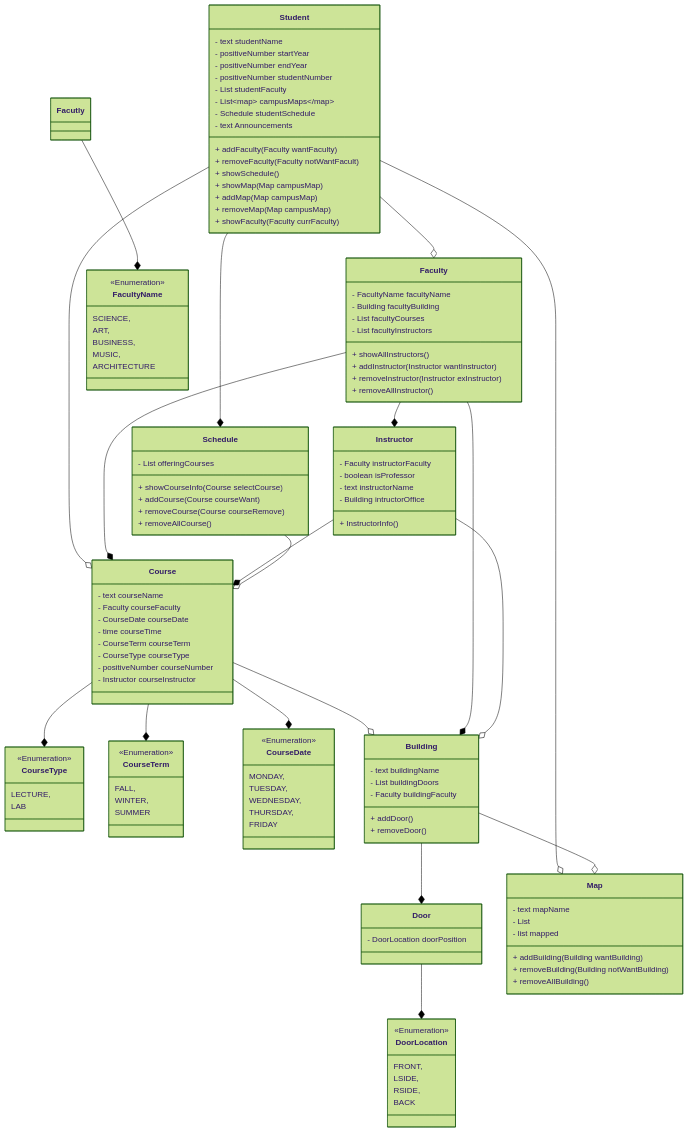
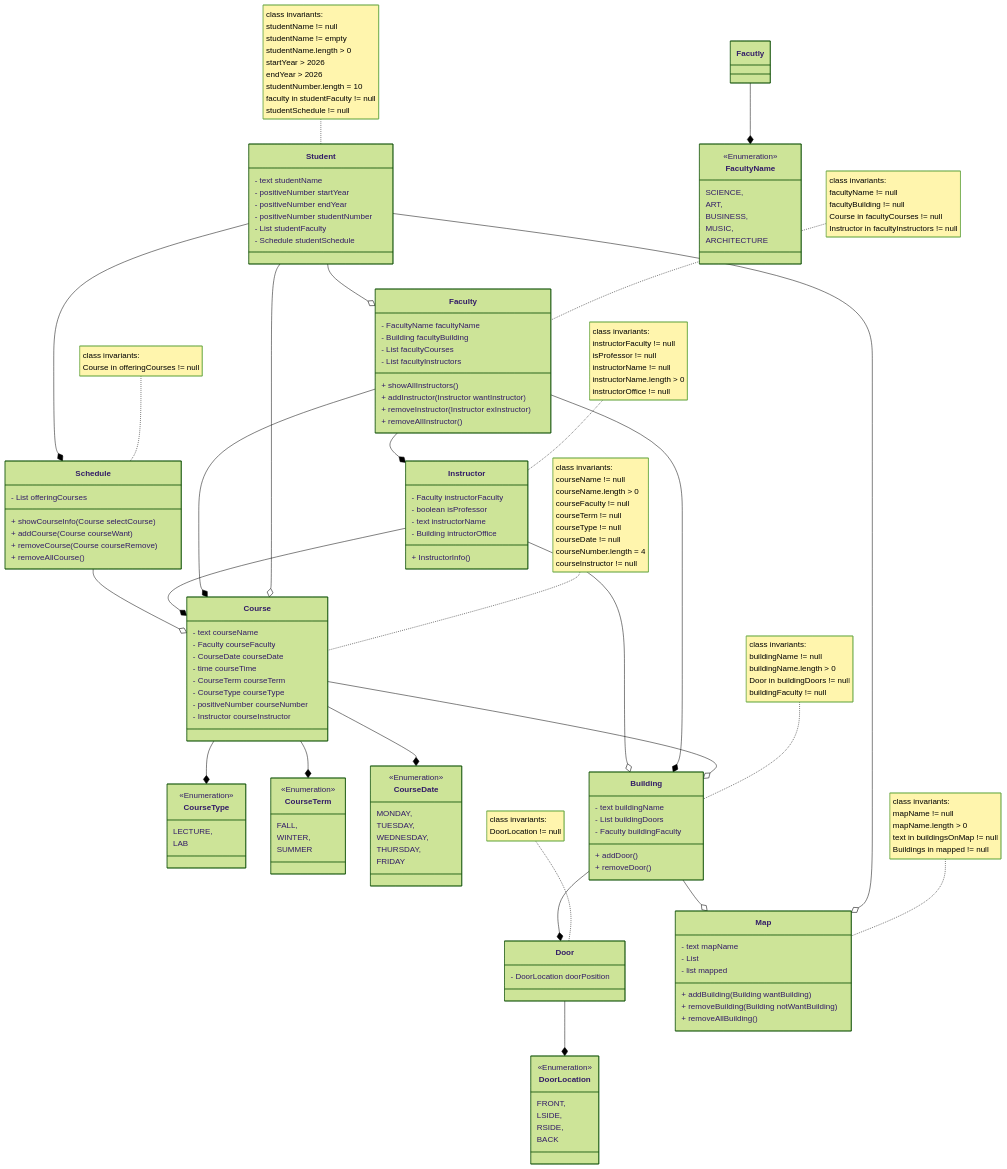
Before and after one commit to danii-ella/COMP2450: the diagram in README.md, drawn with Mermaid (forest theme). The commit also changed 20 other files, not shown here.

```diff
--- a/README.md
+++ b/README.md
@@ -21,17 +21,18 @@
         - positiveNumber endYear
         - positiveNumber studentNumber
         - List<Faculty> studentFaculty
-        - List<Map> campusMaps
         - Schedule studentSchedule
-        - text Announcements
-        + addFaculty(Faculty wantFaculty)
-        + removeFaculty(Faculty notWantFacult)
-        + showSchedule()
-        + showMap(Map campusMap)
-        + addMap(Map campusMap)
-        + removeMap(Map campusMap)
-        + showFaculty(Faculty currFaculty)
     }
+    note for Student "class invariants:
+        studentName != null
+        studentName != empty
+        studentName.length > 0
+        startYear > 2026
+        endYear > 2026
+        studentNumber.length = 10
+        faculty in studentFaculty != null
+        studentSchedule != null
+    "
 
     class Course{
         - text courseName
@@ -42,9 +43,17 @@
         - CourseType courseType
         - positiveNumber courseNumber
         - Instructor courseInstructor
-        
-
     }
+    note for Course "class invariants:
+        courseName != null
+        courseName.length > 0
+        courseFaculty != null
+        courseTerm != null
+        courseType != null
+        courseDate != null
+        courseNumber.length = 4
+        courseInstructor != null
+    "
     class CourseType<<Enumeration>>{
         LECTURE,
         LAB
@@ -61,6 +70,7 @@
         THURSDAY,
         FRIDAY
     }
+    
 
     class Faculty{
         - FacultyName facultyName
@@ -72,6 +82,12 @@
         + removeInstructor(Instructor exInstructor)
         + removeAllInstructor()
     }
+    note for Faculty "class invariants:
+        facultyName != null
+        facultyBuilding != null
+        Course in facultyCourses != null
+        Instructor in facultyInstructors != null
+    "
     class FacultyName<<Enumeration>>{
         SCIENCE,
         ART,
@@ -88,6 +104,13 @@
         - Building intructorOffice
         + InstructorInfo()
     }
+    note for Instructor "class invariants:
+        instructorFaculty != null
+        isProfessor != null
+        instructorName != null
+        instructorName.length > 0
+        instructorOffice != null
+    "
 
     class Building{
         - text buildingName
@@ -96,10 +119,19 @@
         + addDoor()
         + removeDoor()
     }
+    note for Building "class invariants:
+        buildingName != null
+        buildingName.length > 0
+        Door in buildingDoors != null
+        buildingFaculty != null
+    "
     
     class Door{
         - DoorLocation doorPosition
     }
+    note for Door "class invariants:
+        DoorLocation != null
+    "
     class DoorLocation<<Enumeration>>{
         FRONT,
         LSIDE,
@@ -115,6 +147,12 @@
         + removeBuilding(Building notWantBuilding)
         + removeAllBuilding()
     }
+    note for Map "class invariants:
+        mapName != null
+        mapName.length > 0
+        text in buildingsOnMap != null
+        Buildings in mapped != null
+    "
 
     class Schedule{
         - List<Course> offeringCourses
@@ -122,8 +160,10 @@
         + addCourse(Course courseWant)
         + removeCourse(Course courseRemove)
         + removeAllCourse()
-       
     }
+    note for Schedule "class invariants:
+        Course in offeringCourses != null
+    "
 
 
     %%Relationships
```
